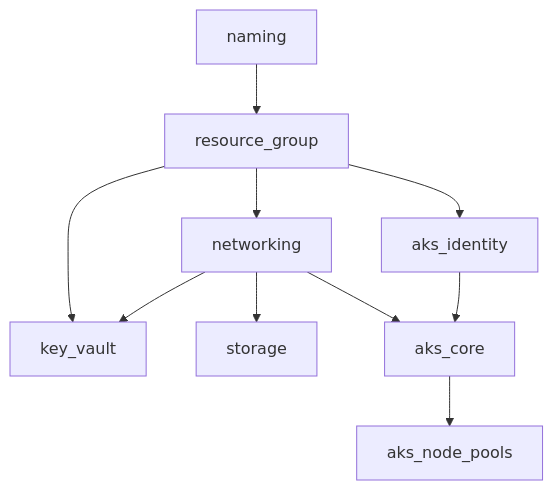
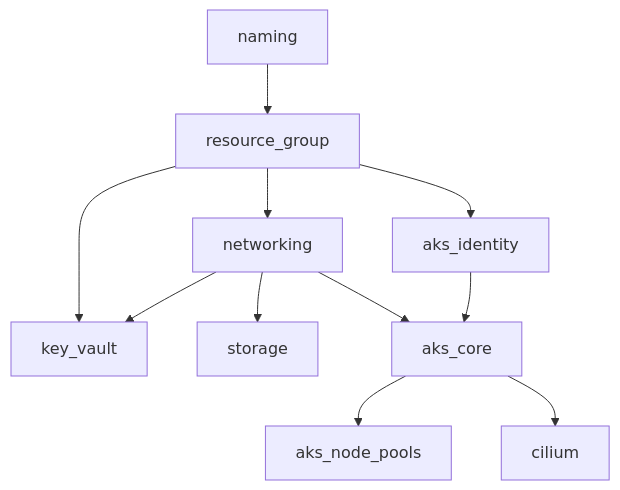
The diagram in infra/live/azure/dev/westus/README.md (asanexample/platform), drawn with Mermaid before and after one commit. The commit also changed other lines of this file and 2 other files, not shown here.

Commit message:
docs: update documentation for Cilium CNI installation
- Add Cilium to module structure and dependency graph\n- Create standardized README for Cilium module\n- Update AKS Core tags to match Cilium version 1.17.2\n\nEnsure Cilium CNI will be installed when running terragrunt run-all apply

````diff
--- a/infra/live/azure/dev/westus/README.md
+++ b/infra/live/azure/dev/westus/README.md
@@ -22,12 +23,13 @@
 ```mermaid
 graph TD
     naming --> resource_group
     resource_group --> networking
     resource_group --> aks_identity
     resource_group --> key_vault
     networking --> storage
     networking --> aks_core
     networking --> key_vault
     aks_identity --> aks_core
     aks_core --> aks_node_pools
+    aks_core --> cilium
 ```
````
